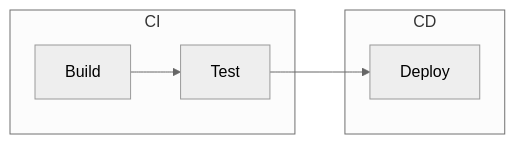
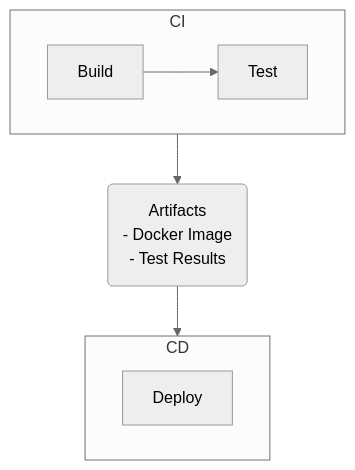
The diagram in README.md (weabreu16/ci_cd_workflow), drawn with Mermaid (neutral theme) before and after one commit.

````diff
--- a/README.md
+++ b/README.md
@@ -4,9 +4,13 @@
 ```mermaid
-graph LR;
+flowchart
     subgraph CI
-        Build --> Test;
+        direction LR
+        Build --> Test
     end
+    Test --> A --> Deploy
     subgraph CD
-        Test --> Deploy;
+        direction RL
+        Deploy
     end
+    A(Artifacts<br /> - Docker Image <br /> - Test Results)
 ```
````
